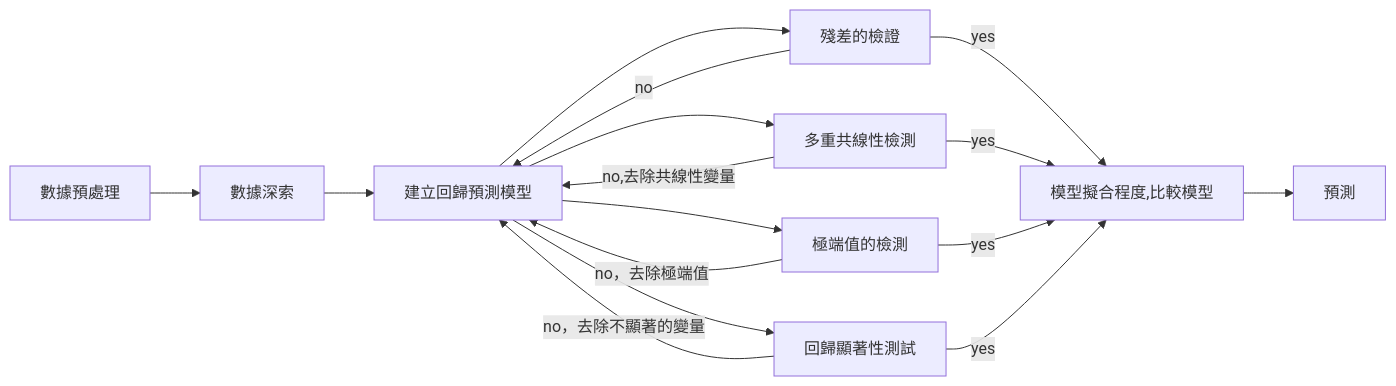
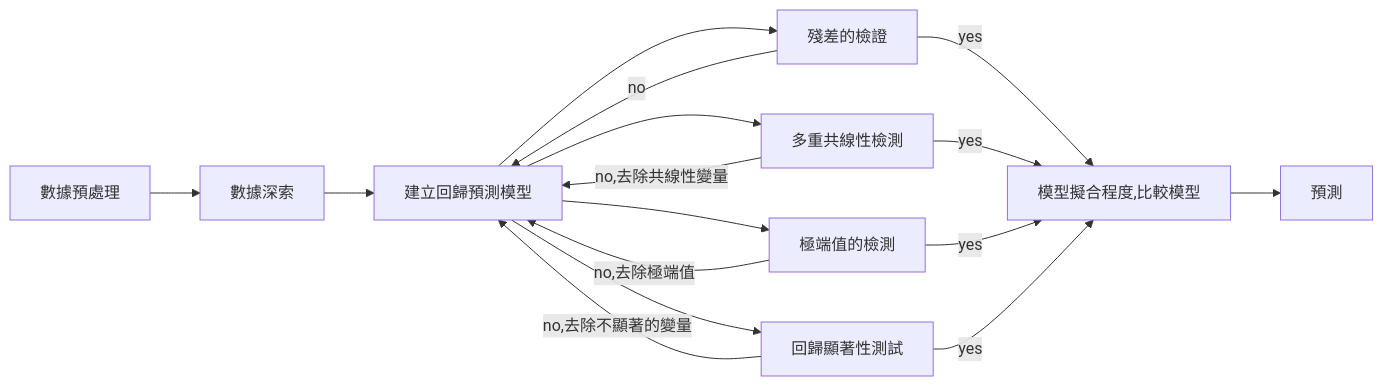
The diagram in _posts/2019-06-18-statistic_regression.md (chchoiw/chchoiw.github.io), drawn with Mermaid before and after one commit.

````diff
--- a/_posts/2019-06-18-statistic_regression.md
+++ b/_posts/2019-06-18-statistic_regression.md
@@ -334,27 +334,27 @@
 ```mermaid
 graph LR
 id0[數據預處理]
 id1[數據深索]
 id2[建立回歸預測模型]
 id3[殘差的檢證]
 id4[多重共線性檢測]
 id5[極端值的檢測]
 id6[回歸顯著性測試]
 id7[模型擬合程度,比較模型]
 id8[預測]
 id0-->id1
 id1-->id2
 id2-->id3
 id2-->id4
 id2-->id5
 id2-->id6
 id3-->|yes|id7
 id4-->|yes|id7
 id5-->|yes|id7
 id6-->|yes|id7
 id3-->|no|id2
 id4-->|no,去除共線性變量|id2
-id5-->|no，去除極端值|id2
-id6-->|no，去除不顯著的變量|id2 
+id5-->|no,去除極端值|id2
+id6-->|no,去除不顯著的變量|id2 
 id7-->id8
 ```
````
